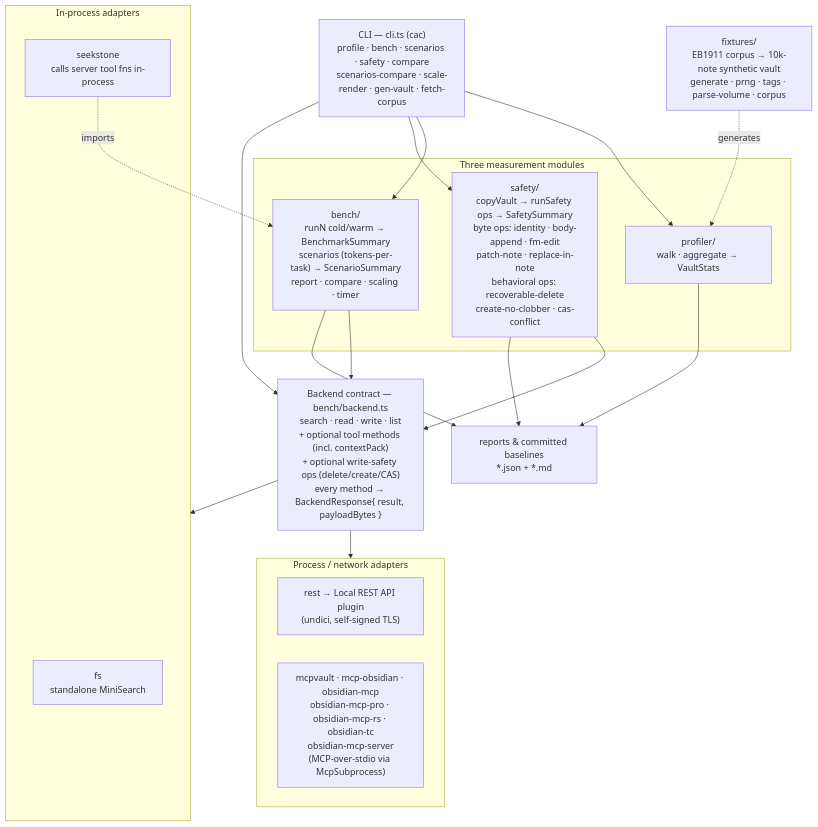
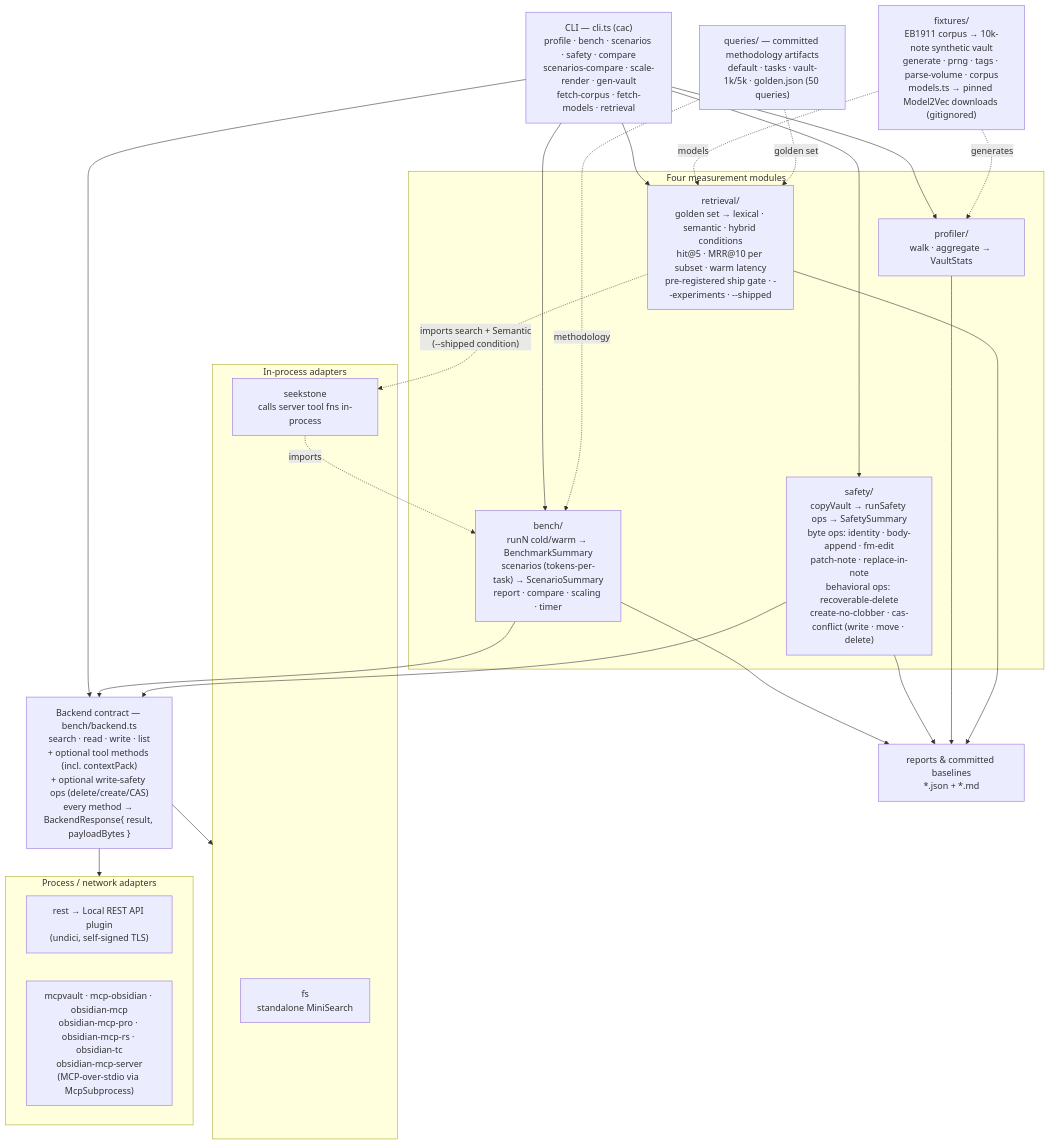
Before and after one commit to shaqmughal/seekstone: the fourth of 5 diagrams in docs/ARCHITECTURE.md, drawn with Mermaid. The commit also changed other lines of this file and 17 other files, not shown here.

First line of the commit message:
docs: repo-wide drift audit — diagrams, network claims, guard hardening (#269)

````diff
--- a/docs/ARCHITECTURE.md
+++ b/docs/ARCHITECTURE.md
@@ -213,38 +254,46 @@
 ```mermaid
 flowchart TD
-    cli["CLI — cli.ts (cac)<br/>profile · bench · scenarios · safety · compare<br/>scenarios-compare · scale-render · gen-vault · fetch-corpus"]
+    cli["CLI — cli.ts (cac)<br/>profile · bench · scenarios · safety · compare<br/>scenarios-compare · scale-render · gen-vault<br/>fetch-corpus · fetch-models · retrieval"]
 
     backend["Backend contract — bench/backend.ts<br/>search · read · write · list<br/>+ optional tool methods (incl. contextPack)<br/>+ optional write-safety ops (delete/create/CAS)<br/>every method → BackendResponse{ result, payloadBytes }"]
 
     subgraph inproc["In-process adapters"]
         fs["fs<br/>standalone MiniSearch"]
         seek["seekstone<br/>calls server tool fns in-process"]
     end
     subgraph extern["Process / network adapters"]
         rest["rest → Local REST API plugin<br/>(undici, self-signed TLS)"]
         mcp["mcpvault · mcp-obsidian · obsidian-mcp<br/>obsidian-mcp-pro · obsidian-mcp-rs · obsidian-tc<br/>obsidian-mcp-server<br/>(MCP-over-stdio via McpSubprocess)"]
     end
 
-    subgraph modules["Three measurement modules"]
+    subgraph modules["Four measurement modules"]
         profiler["profiler/<br/>walk · aggregate → VaultStats"]
         bench["bench/<br/>runN cold/warm → BenchmarkSummary<br/>scenarios (tokens-per-task) → ScenarioSummary<br/>report · compare · scaling · timer"]
-        safety["safety/<br/>copyVault → runSafety ops → SafetySummary<br/>byte ops: identity · body-append · fm-edit<br/>patch-note · replace-in-note<br/>behavioral ops: recoverable-delete<br/>create-no-clobber · cas-conflict"]
+        safety["safety/<br/>copyVault → runSafety ops → SafetySummary<br/>byte ops: identity · body-append · fm-edit<br/>patch-note · replace-in-note<br/>behavioral ops: recoverable-delete<br/>create-no-clobber · cas-conflict (write · move · delete)"]
+        retrieval["retrieval/<br/>golden set → lexical · semantic · hybrid conditions<br/>hit@5 · MRR@10 per subset · warm latency<br/>pre-registered ship gate · --experiments · --shipped"]
     end
 
-    fixtures["fixtures/<br/>EB1911 corpus → 10k-note synthetic vault<br/>generate · prng · tags · parse-volume · corpus"]
+    fixtures["fixtures/<br/>EB1911 corpus → 10k-note synthetic vault<br/>generate · prng · tags · parse-volume · corpus<br/>models.ts → pinned Model2Vec downloads (gitignored)"]
+    queries["queries/ — committed methodology artifacts<br/>default · tasks · vault-1k/5k · golden.json (50 queries)"]
     reports["reports & committed baselines<br/>*.json + *.md"]
 
     cli --> profiler
     cli --> bench
     cli --> safety
+    cli --> retrieval
     cli --> backend
     backend --> inproc
     backend --> extern
     bench --> backend
     safety --> backend
     bench --> reports
     safety --> reports
     profiler --> reports
+    retrieval --> reports
     fixtures -. generates .-> profiler
+    fixtures -. models .-> retrieval
+    queries -. methodology .-> bench
+    queries -. golden set .-> retrieval
+    retrieval -. "imports search + Semantic<br/>(--shipped condition)" .-> seek
     seek -. imports .-> bench
 ```
````
